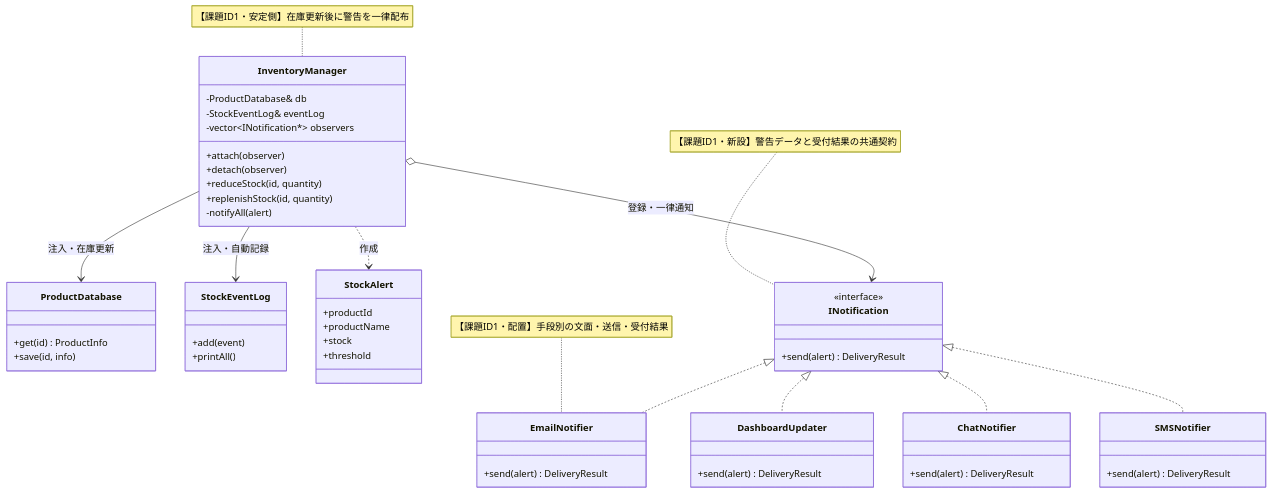
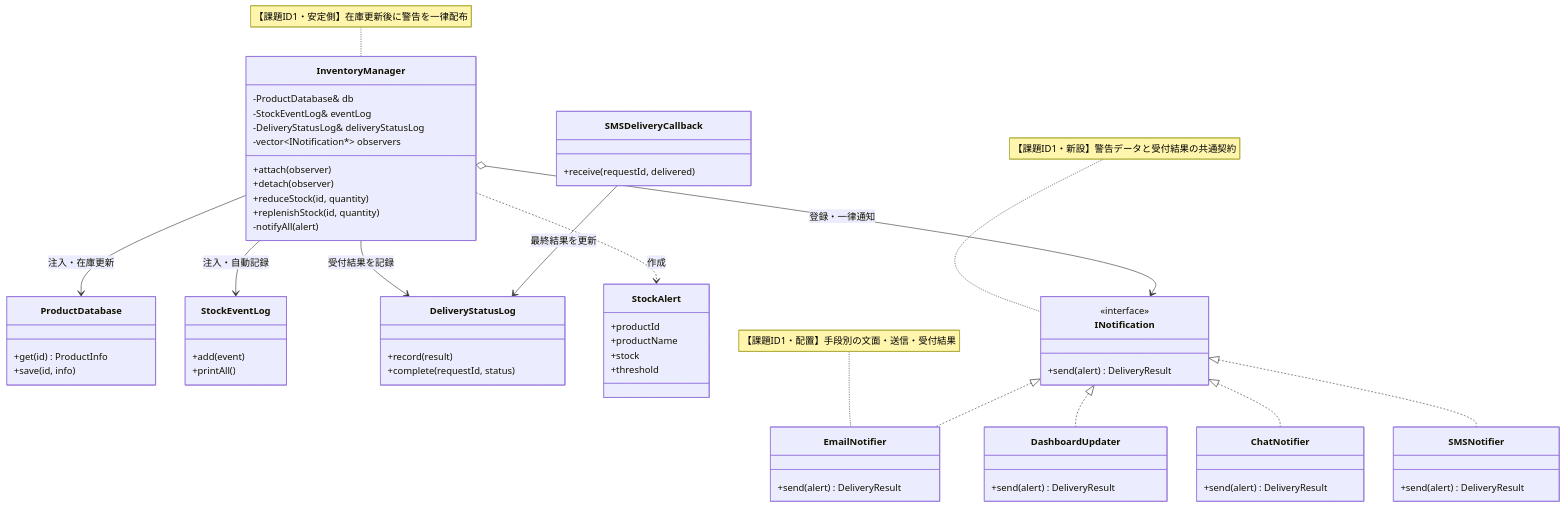
Diagram 12 of 16 in kindle/design-patterns/output/chapter07.md (kumachan1101-pixel/DesignPattern), drawn with Mermaid before and after one commit. The commit also changed other lines of this file and 23 other files, not shown here.

````diff
--- a/kindle/design-patterns/output/chapter07.md
+++ b/kindle/design-patterns/output/chapter07.md
@@ -1464,51 +1723,61 @@
 ```mermaid
 classDiagram
     direction TB
     class ProductDatabase {
         +get(id) ProductInfo
         +save(id, info)
     }
     class StockEventLog {
         +add(event)
         +printAll()
     }
+    class DeliveryStatusLog {
+        +record(result)
+        +complete(requestId, status)
+    }
+    class SMSDeliveryCallback {
+        +receive(requestId, delivered)
+    }
     class StockAlert {
         +productId
         +productName
         +stock
         +threshold
     }
     class InventoryManager {
         -ProductDatabase& db
         -StockEventLog& eventLog
+        -DeliveryStatusLog& deliveryStatusLog
         -vector~INotification*~ observers
         +attach(observer)
         +detach(observer)
         +reduceStock(id, quantity)
         +replenishStock(id, quantity)
         -notifyAll(alert)
     }
     class INotification {
         <<interface>>
         +send(alert) DeliveryResult
     }
     class EmailNotifier { +send(alert) DeliveryResult }
     class DashboardUpdater { +send(alert) DeliveryResult }
     class ChatNotifier { +send(alert) DeliveryResult }
     class SMSNotifier { +send(alert) DeliveryResult }
     InventoryManager --> ProductDatabase : 注入・在庫更新
     InventoryManager --> StockEventLog : 注入・自動記録
+    InventoryManager --> DeliveryStatusLog : 受付結果を記録
+    SMSDeliveryCallback --> DeliveryStatusLog : 最終結果を更新
     InventoryManager o--> INotification : 登録・一律通知
     InventoryManager ..> StockAlert : 作成
     INotification <|.. EmailNotifier
     INotification <|.. DashboardUpdater
     INotification <|.. ChatNotifier
     INotification <|.. SMSNotifier
 
     note for INotification "【課題ID1・新設】警告データと受付結果の共通契約"
     note for EmailNotifier "【課題ID1・配置】手段別の文面・送信・受付結果"
     note for InventoryManager "【課題ID1・安定側】在庫更新後に警告を一律配布"
 
     classDef focus fill:#FFF2CC,stroke:#D6B656,stroke-width:2px,color:#222222
-    cssClass "InventoryManager,INotification,EmailNotifier,DashboardUpdater,ChatNotifier,SMSNotifier" focus
+    cssClass "InventoryManager,INotification,EmailNotifier,DashboardUpdater,ChatNotifier,SMSNotifier,DeliveryStatusLog,SMSDeliveryCallback" focus
 ```
````
